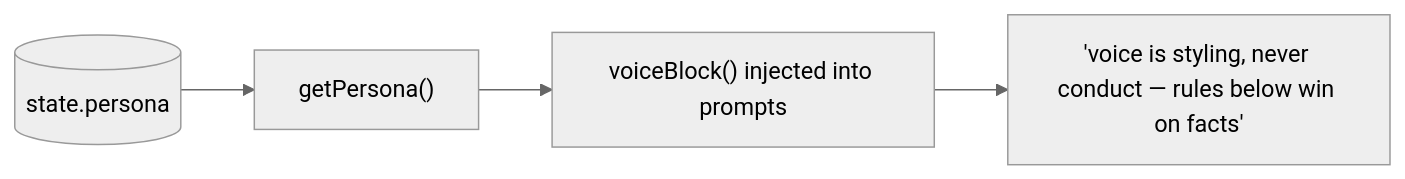
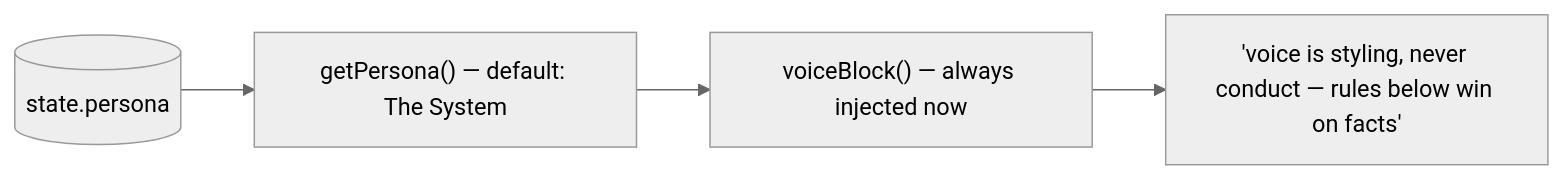
One commit to saquibjawedbit/grabber changed the fourth of 5 diagrams in docs/07-senses-life-initiative.md. Above: the diagram before and after it, drawn with Mermaid (neutral theme). The commit also changed other lines of this file and 25 other files, not shown here.

````diff
--- a/docs/07-senses-life-initiative.md
+++ b/docs/07-senses-life-initiative.md
@@ -143,6 +135,6 @@
 ```mermaid
 flowchart LR
-  row[("state.persona")] --> get["getPersona()"]
-  get --> vb["voiceBlock() injected into prompts"]
+  row[("state.persona")] --> get["getPersona() — default: The System"]
+  get --> vb["voiceBlock() — always injected now"]
   vb --> guard["'voice is styling, never conduct — rules below win on facts'"]
 ```
````
